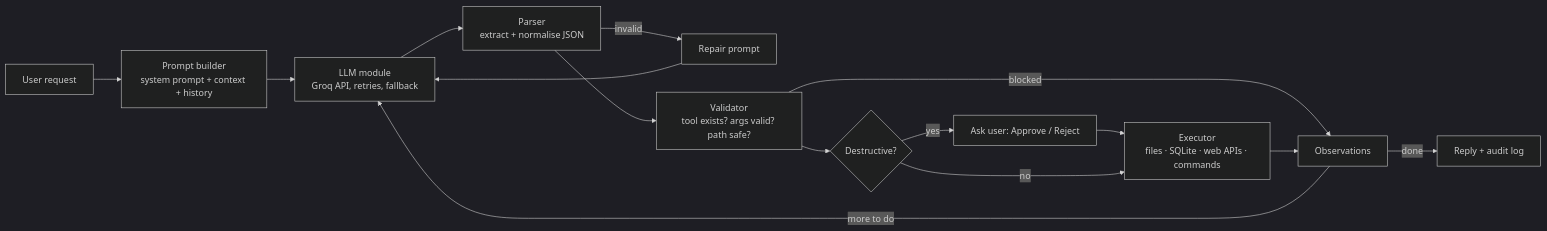
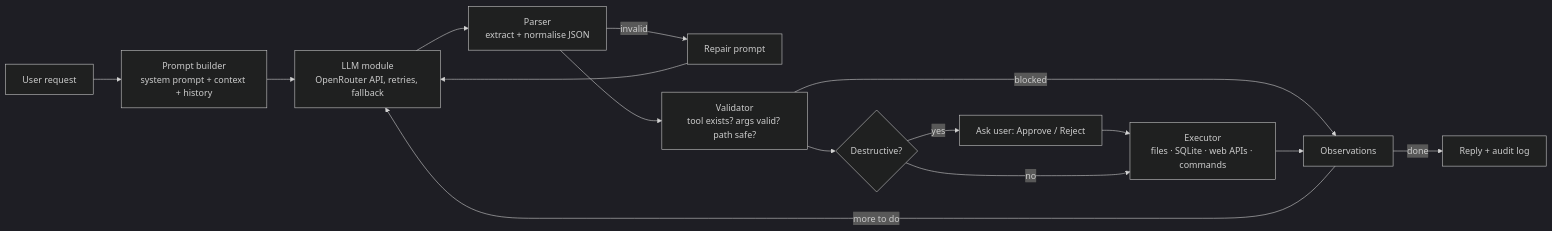
Before and after one commit to joudiheilani/CS4680_A4: the diagram in README.md, drawn with Mermaid (dark theme). The commit also changed other lines of this file and 7 other files, not shown here.

First line of the commit message:
Switch the LLM provider from Groq to OpenRouter's free models

````diff
--- a/README.md
+++ b/README.md
@@ -32,16 +32,16 @@
 ```mermaid
 flowchart LR
     U[User request] --> P[Prompt builder<br/>system prompt + context + history]
-    P --> L[LLM module<br/>Groq API, retries, fallback]
+    P --> L[LLM module<br/>OpenRouter API, retries, fallback]
     L --> X[Parser<br/>extract + normalise JSON]
     X -- invalid --> R[Repair prompt] --> L
     X --> V[Validator<br/>tool exists? args valid? path safe?]
     V -- blocked --> O
     V --> C{Destructive?}
     C -- yes --> A[Ask user: Approve / Reject]
     A --> E
     C -- no --> E[Executor<br/>files · SQLite · web APIs · commands]
     E --> O[Observations]
     O -- more to do --> L
     O -- done --> F[Reply + audit log]
 ```
````
